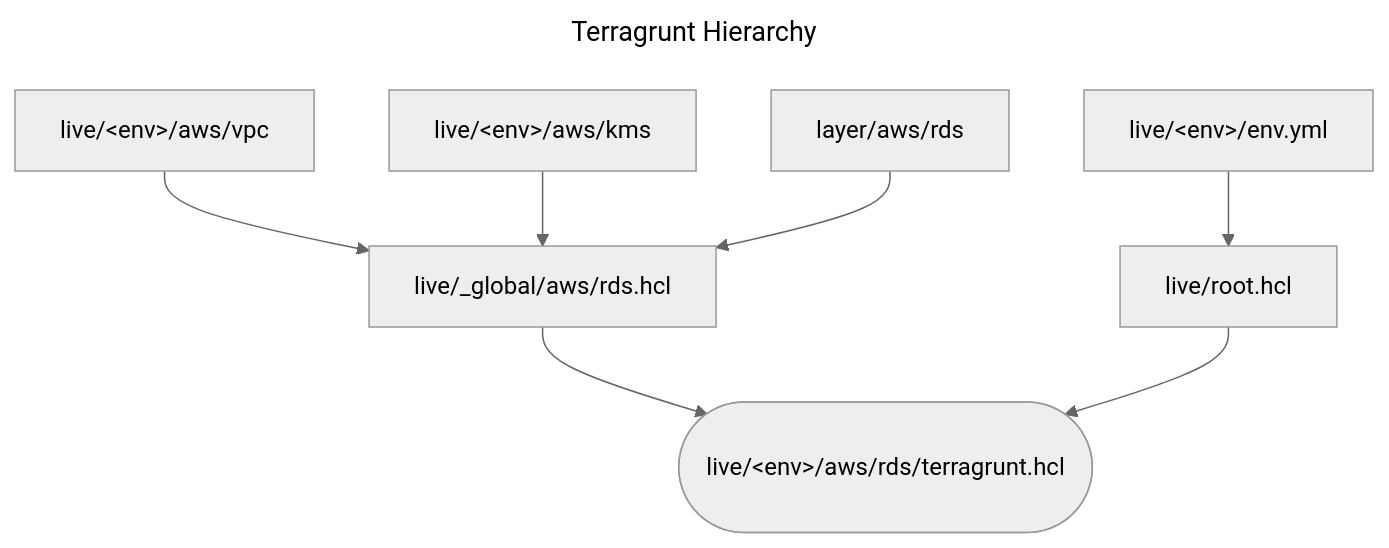
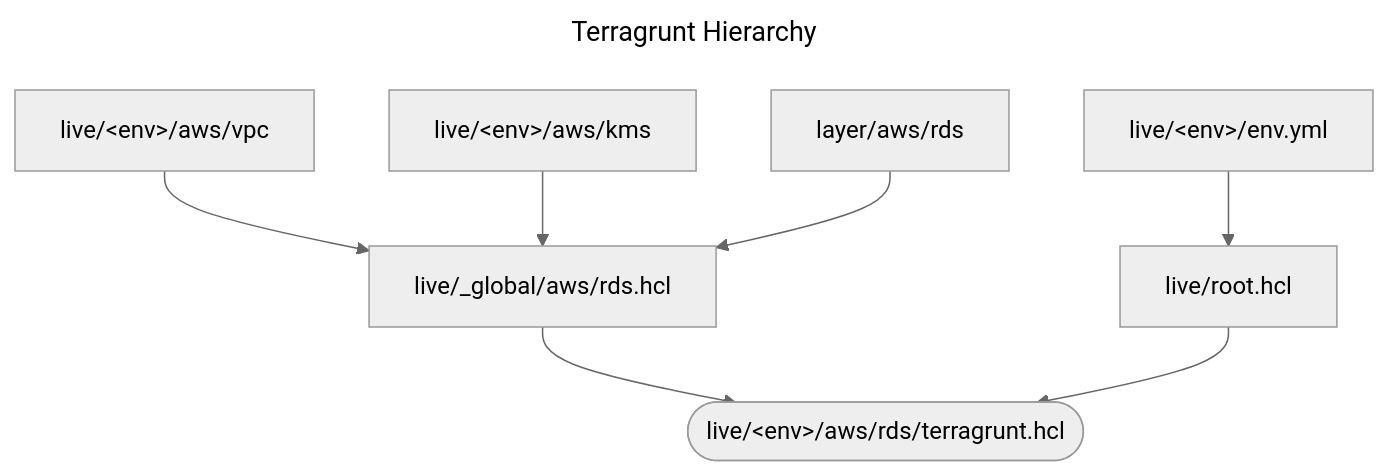
Before and after one commit to tkreque/poc: the diagram in poc-terragrunt/README.md, drawn with Mermaid (neutral theme).

Commit message:
Improved the solution to avoid repetition on the Terragrunt configuration (Fixed README)

````diff
--- a/poc-terragrunt/README.md
+++ b/poc-terragrunt/README.md
@@ -75,13 +75,13 @@
 ```mermaid
 ---
 title: Terragrunt Hierarchy
 ---
 graph TD;
   B["live/_global/aws/rds.hcl"] --> A(["live/&lt;env&gt;/aws/rds/terragrunt.hcl"]):::wide;
   C["live/root.hcl"] --> A;
   D["live/&lt;env&gt;/aws/vpc"] --> B;
   E["live/&lt;env&gt;/aws/kms"] --> B;
   F["layer/aws/rds"] --> B;
   G["live/&lt;env&gt;/env.yml"] --> C;
-  classDef wide padding:100px
+  classDef wide width: 200px
 ```
````
